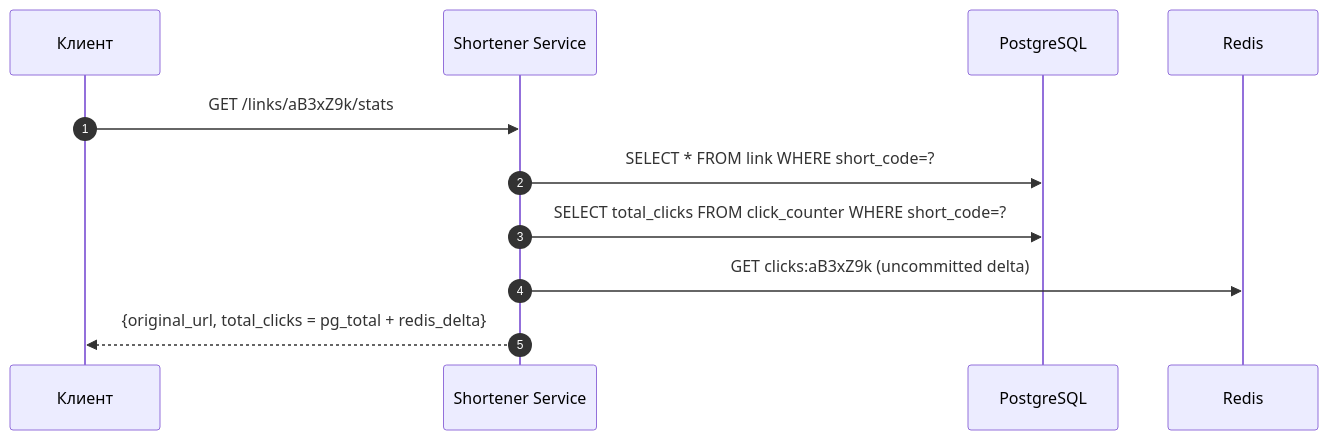
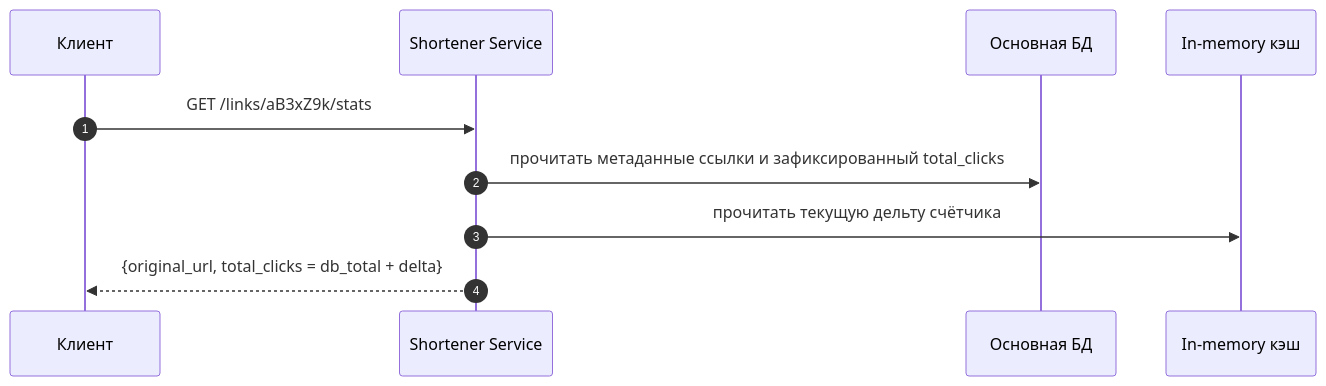
The ninth of 9 diagrams in README.md (f1yToMoon/url_shortener), drawn with Mermaid before and after one commit. The commit also changed other lines of this file, not shown here.

````diff
--- a/README.md
+++ b/README.md
@@ -464,14 +462,13 @@
 ```mermaid
 sequenceDiagram
   autonumber
   participant C as Клиент
   participant S as Shortener Service
-  participant PG as PostgreSQL
-  participant Redis as Redis
+  participant DB as Основная БД
+  participant KV as In-memory кэш
 
   C->>S: GET /links/aB3xZ9k/stats
-  S->>PG: SELECT * FROM link WHERE short_code=?
-  S->>PG: SELECT total_clicks FROM click_counter WHERE short_code=?
-  S->>Redis: GET clicks:aB3xZ9k (uncommitted delta)
-  S-->>C: {original_url, total_clicks = pg_total + redis_delta}
+  S->>DB: прочитать метаданные ссылки и зафиксированный total_clicks
+  S->>KV: прочитать текущую дельту счётчика
+  S-->>C: {original_url, total_clicks = db_total + delta}
 ```
````
